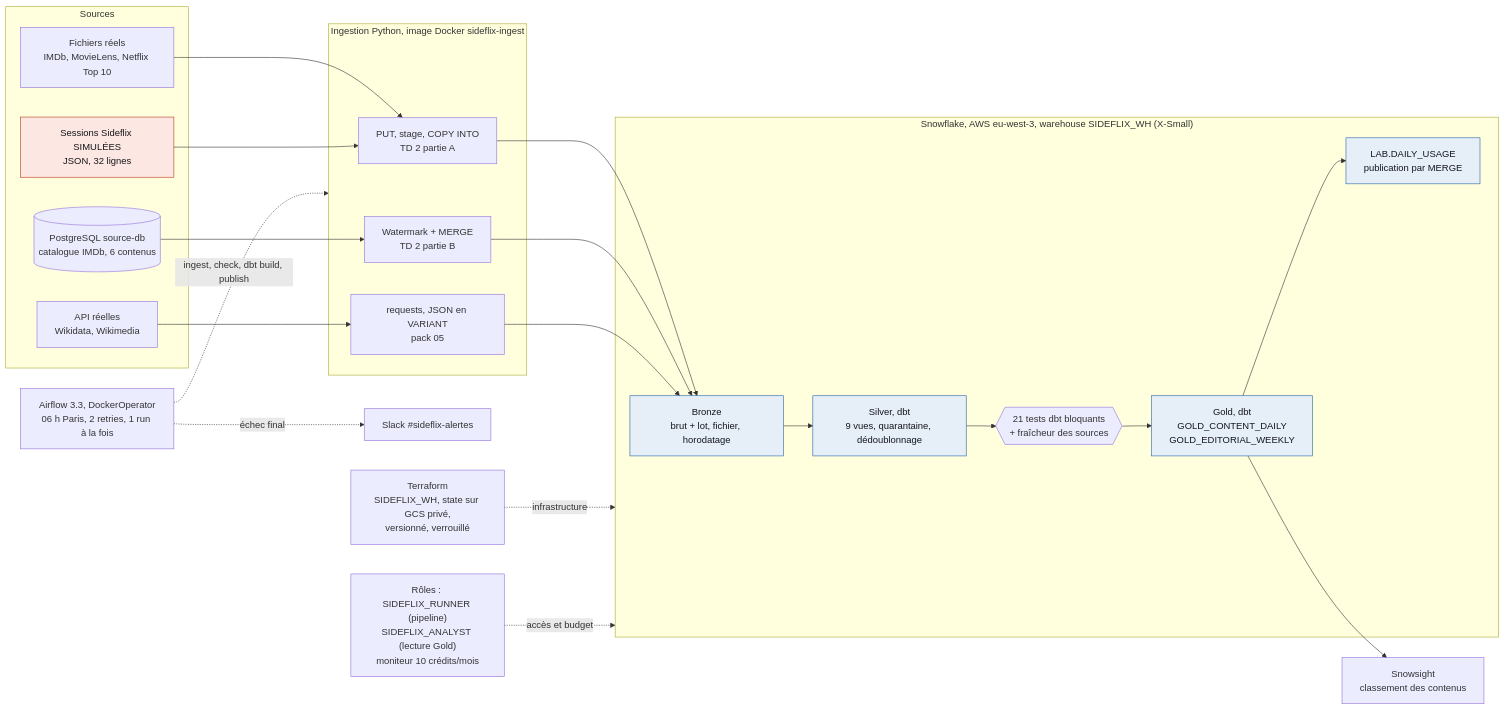
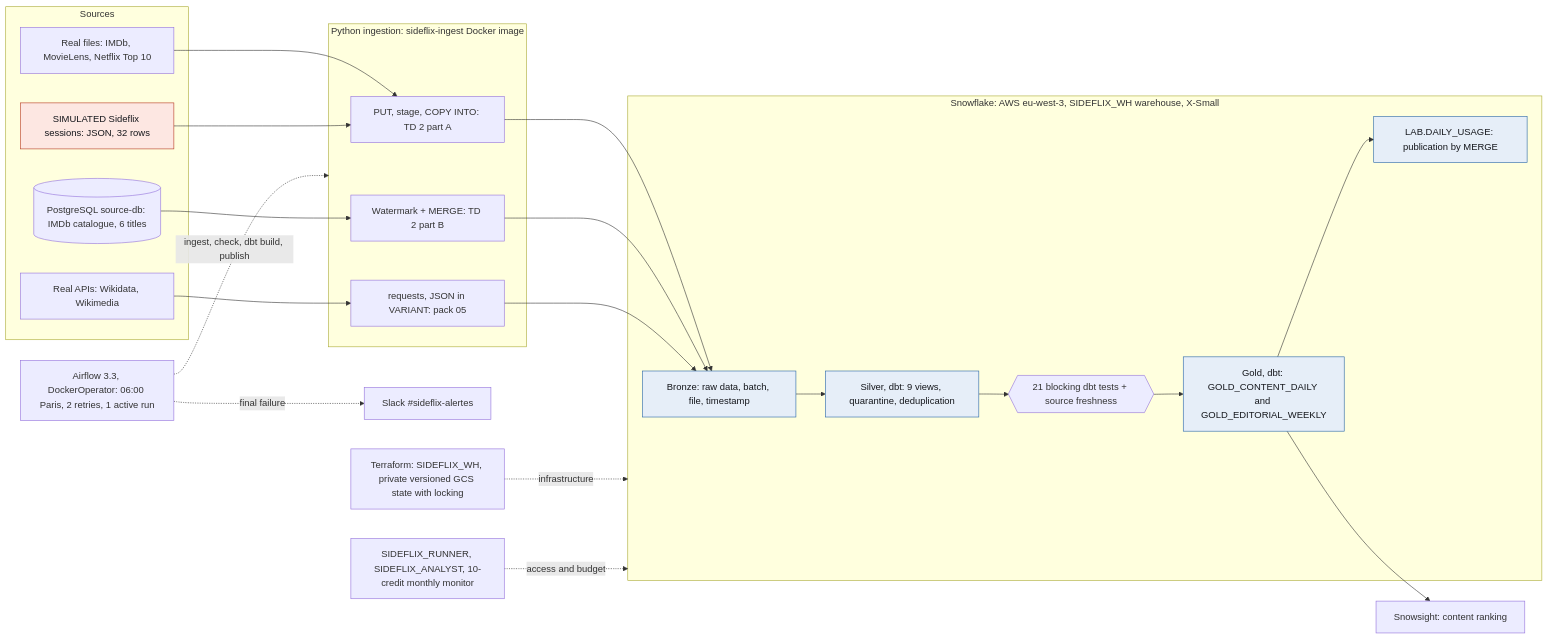
The diagram in docs/architecture_v2.mmd (CLDprog/SideFlix-Project), drawn with Mermaid before and after one commit. The commit also changed 95 other files, not shown here.

```diff
--- a/docs/architecture_v2.mmd
+++ b/docs/architecture_v2.mmd
@@ -1,34 +1,34 @@
 flowchart LR
   subgraph SRC["Sources"]
-    FILES["Fichiers réels<br/>IMDb, MovieLens, Netflix Top 10"]
-    SESS["Sessions Sideflix SIMULÉES<br/>JSON, 32 lignes"]
-    PG[("PostgreSQL source-db<br/>catalogue IMDb, 6 contenus")]
-    API["API réelles<br/>Wikidata, Wikimedia"]
+    FILES["Real files: IMDb, MovieLens, Netflix Top 10"]
+    SESS["SIMULATED Sideflix sessions: JSON, 32 rows"]
+    PG[("PostgreSQL source-db: IMDb catalogue, 6 titles")]
+    API["Real APIs: Wikidata, Wikimedia"]
   end
-  subgraph ING["Ingestion Python, image Docker sideflix-ingest"]
-    C["PUT, stage, COPY INTO<br/>TD 2 partie A"]
-    W["Watermark + MERGE<br/>TD 2 partie B"]
-    R["requests, JSON en VARIANT<br/>pack 05"]
+  subgraph ING["Python ingestion: sideflix-ingest Docker image"]
+    C["PUT, stage, COPY INTO: TD 2 part A"]
+    W["Watermark + MERGE: TD 2 part B"]
+    R["requests, JSON in VARIANT: pack 05"]
   end
-  subgraph SF["Snowflake, AWS eu-west-3, warehouse SIDEFLIX_WH (X-Small)"]
-    B["Bronze<br/>brut + lot, fichier, horodatage"]
-    S["Silver, dbt<br/>9 vues, quarantaine, dédoublonnage"]
-    T{{"21 tests dbt bloquants<br/>+ fraîcheur des sources"}}
-    G["Gold, dbt<br/>GOLD_CONTENT_DAILY<br/>GOLD_EDITORIAL_WEEKLY"]
-    P["LAB.DAILY_USAGE<br/>publication par MERGE"]
+  subgraph SF["Snowflake: AWS eu-west-3, SIDEFLIX_WH warehouse, X-Small"]
+    B["Bronze: raw data, batch, file, timestamp"]
+    S["Silver, dbt: 9 views, quarantine, deduplication"]
+    T{{"21 blocking dbt tests + source freshness"}}
+    G["Gold, dbt: GOLD_CONTENT_DAILY and GOLD_EDITORIAL_WEEKLY"]
+    P["LAB.DAILY_USAGE: publication by MERGE"]
   end
   FILES --> C
   SESS --> C
   C --> B
   PG --> W --> B
   API --> R --> B
   B --> S --> T --> G --> P
-  G --> SN["Snowsight<br/>classement des contenus"]
-  AF["Airflow 3.3, DockerOperator<br/>06 h Paris, 2 retries, 1 run à la fois"] -. "ingest, check, dbt build, publish" .-> ING
-  AF -. "échec final" .-> SL["Slack #sideflix-alertes"]
-  TF["Terraform<br/>SIDEFLIX_WH, state sur GCS privé,<br/>versionné, verrouillé"] -. "infrastructure" .-> SF
-  RB["Rôles : SIDEFLIX_RUNNER (pipeline)<br/>SIDEFLIX_ANALYST (lecture Gold)<br/>moniteur 10 crédits/mois"] -. "accès et budget" .-> SF
+  G --> SN["Snowsight: content ranking"]
+  AF["Airflow 3.3, DockerOperator: 06:00 Paris, 2 retries, 1 active run"] -. "ingest, check, dbt build, publish" .-> ING
+  AF -. "final failure" .-> SL["Slack #sideflix-alertes"]
+  TF["Terraform: SIDEFLIX_WH, private versioned GCS state with locking"] -. "infrastructure" .-> SF
+  RB["SIDEFLIX_RUNNER, SIDEFLIX_ANALYST, 10-credit monthly monitor"] -. "access and budget" .-> SF
   classDef sim fill:#fde7e2,stroke:#b5381f,color:#15171c;
   classDef cloud fill:#e6eef8,stroke:#2563a6,color:#15171c;
   class SESS sim;
   class B,S,G,P cloud;
```
